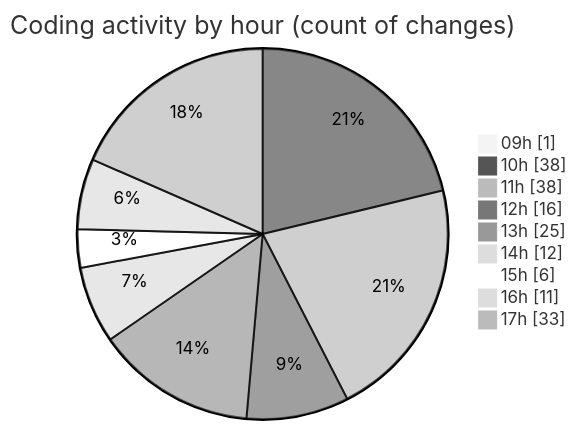
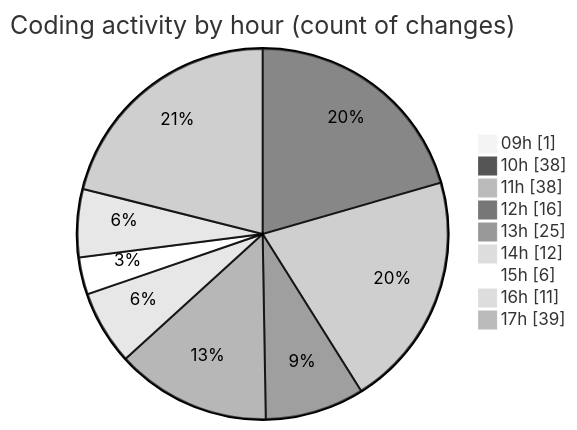
Before and after one commit to momahboobian/code-tracking: the second of 2 diagrams in 2026-01-07/cda/README.md, drawn with Mermaid (neutral theme). The commit also changed other lines of this file and 1 other file, not shown here.

````diff
--- a/2026-01-07/cda/README.md
+++ b/2026-01-07/cda/README.md
@@ -62,13 +62,13 @@
 ```mermaid
 pie showData
 title Coding activity by hour (count of changes)
 "09h" : 1
 "10h" : 38
 "11h" : 38
 "12h" : 16
 "13h" : 25
 "14h" : 12
 "15h" : 6
 "16h" : 11
-"17h" : 33
+"17h" : 39
 ```
````
